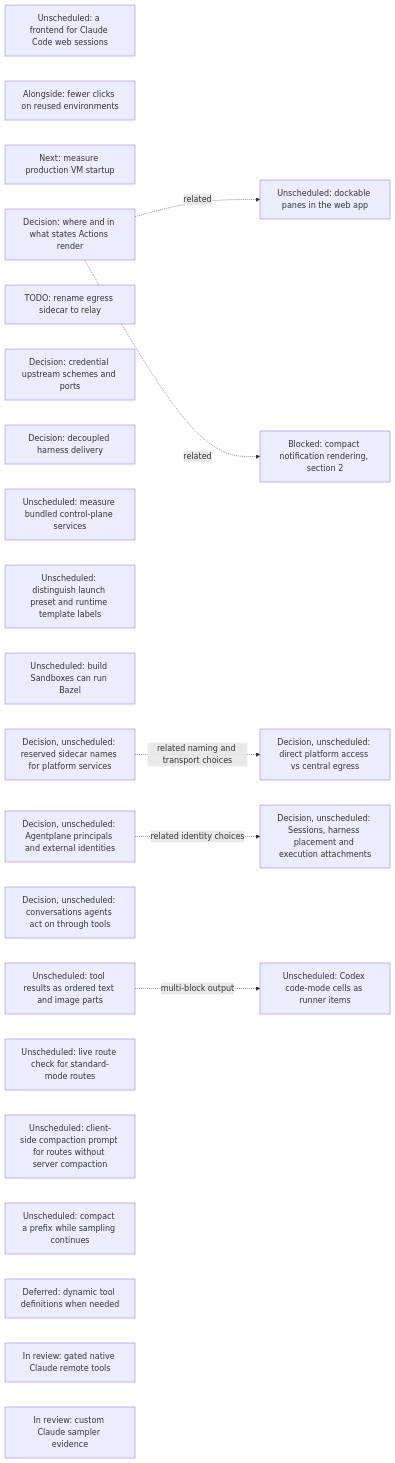
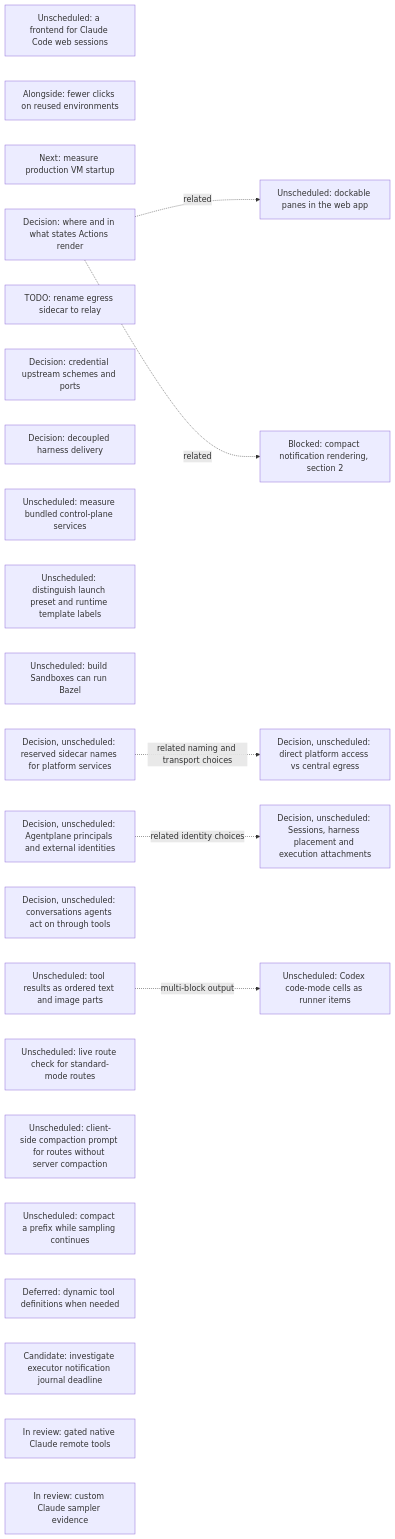
The sixth of 17 diagrams in agentplane/plans/task_dag.md (agentydragon/ducktape), drawn with Mermaid before and after one commit. The commit also changed other lines of this file and 3 other files, not shown here.

````diff
--- a/agentplane/plans/task_dag.md
+++ b/agentplane/plans/task_dag.md
@@ -844,32 +844,33 @@
 ```mermaid
 flowchart LR
     CLAUDE_CODE_WEB_BRIDGE[Unscheduled: a frontend for Claude Code web sessions]
     SESSION_LAUNCH_FRICTION[Alongside: fewer clicks on reused environments]
     VM_STARTUP_LATENCY[Next: measure production VM startup]
     ACTION_SURFACES_DESIGN[Decision: where and in what states Actions render]
     EGRESS_RELAY_RENAME[TODO: rename egress sidecar to relay]
     EGRESS_CREDENTIAL_TRANSPORT_DESIGN[Decision: credential upstream schemes and ports]
     RUNNER_HARNESS_DELIVERY_DESIGN[Decision: decoupled harness delivery]
     K3S_BUNDLED_SERVICES_SPIKE[Unscheduled: measure bundled control-plane services]
     DOCKABLE_PANES[Unscheduled: dockable panes in the web app]
     ACTION_SURFACES_DESIGN -. related .-> DOCKABLE_PANES
     NOTIFICATION_PRESENTATION[Blocked: compact notification rendering, section 2]
     ACTION_SURFACES_DESIGN -. related .-> NOTIFICATION_PRESENTATION
     SANDBOX_FORM_TERMINOLOGY[Unscheduled: distinguish launch preset and runtime template labels]
     BUILD_BOX_BAZEL[Unscheduled: build Sandboxes can run Bazel]
     PLATFORM_SERVICE_NAMES_DESIGN[Decision, unscheduled: reserved sidecar names for platform services]
     PLATFORM_SERVICE_ROUTING_DESIGN[Decision, unscheduled: direct platform access vs central egress]
     PLATFORM_SERVICE_NAMES_DESIGN -. related naming and transport choices .-> PLATFORM_SERVICE_ROUTING_DESIGN
     SESSION_RUNTIME_MODEL_DESIGN[Decision, unscheduled: Sessions, harness placement and execution attachments]
     AGENT_PRINCIPAL_MODEL_DESIGN[Decision, unscheduled: Agentplane principals and external identities]
     AGENT_PRINCIPAL_MODEL_DESIGN -. related identity choices .-> SESSION_RUNTIME_MODEL_DESIGN
     AGENT_AUTHORED_CONVERSATIONS_DESIGN[Decision, unscheduled: conversations agents act on through tools]
     STRUCTURED_TOOL_OUTPUT[Unscheduled: tool results as ordered text and image parts]
     STRUCTURED_TOOL_OUTPUT -. multi-block output .-> CODEX_CODE_MODE_CELLS[Unscheduled: Codex code-mode cells as runner items]
     CENTRAL_SAMPLER_MODEL_CAPABILITIES[Unscheduled: live route check for standard-mode routes]
     CENTRAL_SAMPLER_PROMPT_COMPACTION[Unscheduled: client-side compaction prompt for routes without server compaction]
     CENTRAL_SAMPLER_BACKGROUND_COMPACTION[Unscheduled: compact a prefix while sampling continues]
     CENTRAL_SAMPLER_DYNAMIC_TOOLS[Deferred: dynamic tool definitions when needed]
+    SAMPLER_NOTIFICATION_JOURNAL[Candidate: investigate executor notification journal deadline]
     CLAUDE_REMOTE_EXECUTION_SPIKE[In review: gated native Claude remote tools]
     CLAUDE_CUSTOM_SAMPLER[In review: custom Claude sampler evidence]
 ```
````
